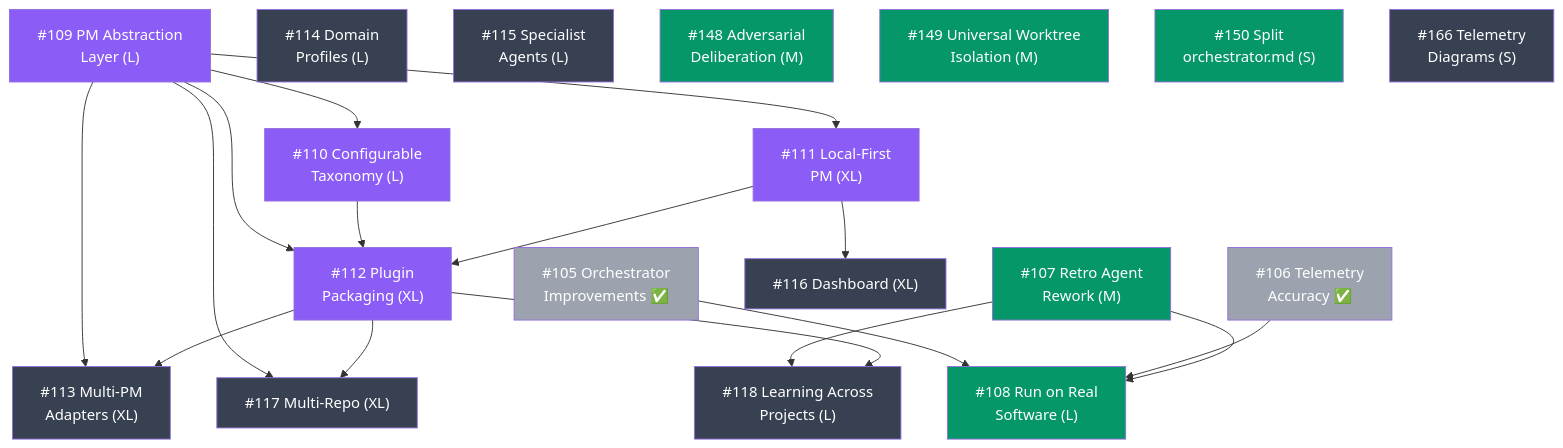
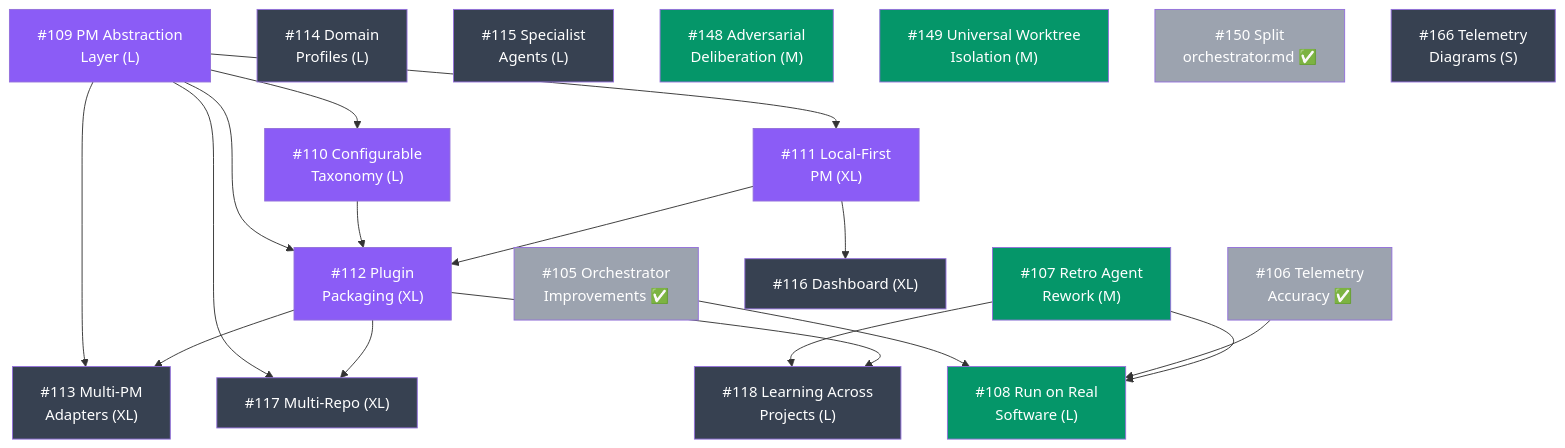
One commit to carlosboeing/agentic-sdlc-workflow changed the diagram in docs/ROADMAP.md. Above: the diagram before and after it, drawn with Mermaid. The commit also changed other lines of this file, not shown here.

Commit message:
docs(roadmap): mark #150 complete, update summaries with Run 16 findings

````diff
--- a/docs/ROADMAP.md
+++ b/docs/ROADMAP.md
@@ -9,56 +9,56 @@
 ```mermaid
 graph TD
     105["#105 Orchestrator<br/>Improvements ✅"]
     106["#106 Telemetry<br/>Accuracy ✅"]
     107["#107 Retro Agent<br/>Rework (M)"]
     108["#108 Run on Real<br/>Software (L)"]
     109["#109 PM Abstraction<br/>Layer (L)"]
     110["#110 Configurable<br/>Taxonomy (L)"]
     111["#111 Local-First<br/>PM (XL)"]
     112["#112 Plugin<br/>Packaging (XL)"]
     113["#113 Multi-PM<br/>Adapters (XL)"]
     114["#114 Domain<br/>Profiles (L)"]
     115["#115 Specialist<br/>Agents (L)"]
     116["#116 Dashboard (XL)"]
     117["#117 Multi-Repo (XL)"]
     118["#118 Learning Across<br/>Projects (L)"]
     148["#148 Adversarial<br/>Deliberation (M)"]
     149["#149 Universal Worktree<br/>Isolation (M)"]
-    150["#150 Split<br/>orchestrator.md (S)"]
+    150["#150 Split<br/>orchestrator.md ✅"]
     166["#166 Telemetry<br/>Diagrams (S)"]
 
     105 --> 108
     106 --> 108
     107 --> 108
     109 --> 111
     109 --> 110
     109 --> 112
     109 --> 113
     109 --> 117
     110 --> 112
     111 --> 112
     111 --> 116
     107 --> 118
     112 --> 113
     112 --> 117
     112 --> 118
 
     style 105 fill:#9ca3af,color:#fff
     style 106 fill:#9ca3af,color:#fff
     style 107 fill:#059669,color:#fff
     style 108 fill:#059669,color:#fff
     style 109 fill:#8b5cf6,color:#fff
     style 110 fill:#8b5cf6,color:#fff
     style 111 fill:#8b5cf6,color:#fff
     style 112 fill:#8b5cf6,color:#fff
     style 113 fill:#374151,color:#fff
     style 114 fill:#374151,color:#fff
     style 115 fill:#374151,color:#fff
     style 116 fill:#374151,color:#fff
     style 117 fill:#374151,color:#fff
     style 118 fill:#374151,color:#fff
     style 148 fill:#059669,color:#fff
     style 149 fill:#059669,color:#fff
-    style 150 fill:#059669,color:#fff
+    style 150 fill:#9ca3af,color:#fff
     style 166 fill:#374151,color:#fff
 ```
````
